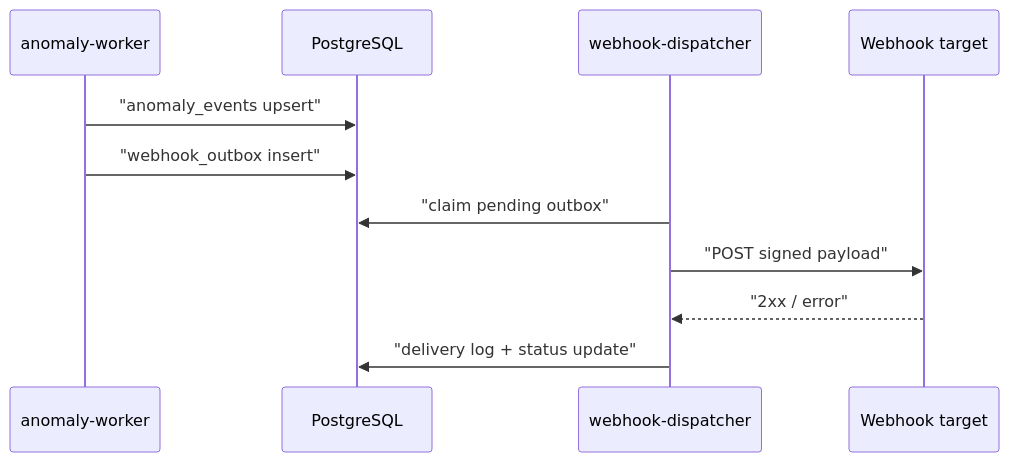
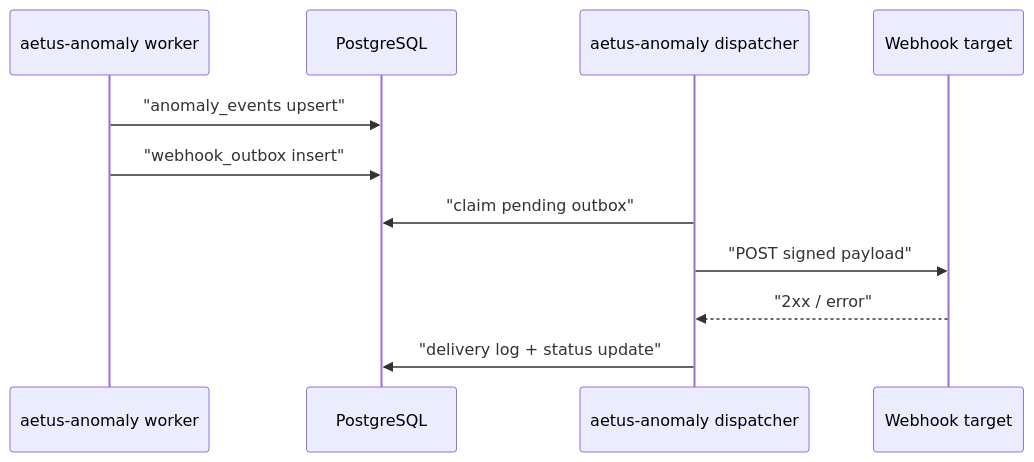
The fourth of 4 diagrams in docs/11-anomaly-detection-service.md (donghoonpark/aetus), drawn with Mermaid before and after one commit. The commit also changed other lines of this file and 1 other file, not shown here.

Commit message:
Choose Rust for anomaly service

````diff
--- a/docs/11-anomaly-detection-service.md
+++ b/docs/11-anomaly-detection-service.md
@@ -429,14 +464,14 @@
 ```mermaid
 sequenceDiagram
-    participant Worker as anomaly-worker
+    participant Worker as aetus-anomaly worker
     participant DB as PostgreSQL
-    participant Dispatcher as webhook-dispatcher
+    participant Dispatcher as aetus-anomaly dispatcher
     participant Target as Webhook target
 
     Worker->>DB: "anomaly_events upsert"
     Worker->>DB: "webhook_outbox insert"
     Dispatcher->>DB: "claim pending outbox"
     Dispatcher->>Target: "POST signed payload"
     Target-->>Dispatcher: "2xx / error"
     Dispatcher->>DB: "delivery log + status update"
 ```
````
